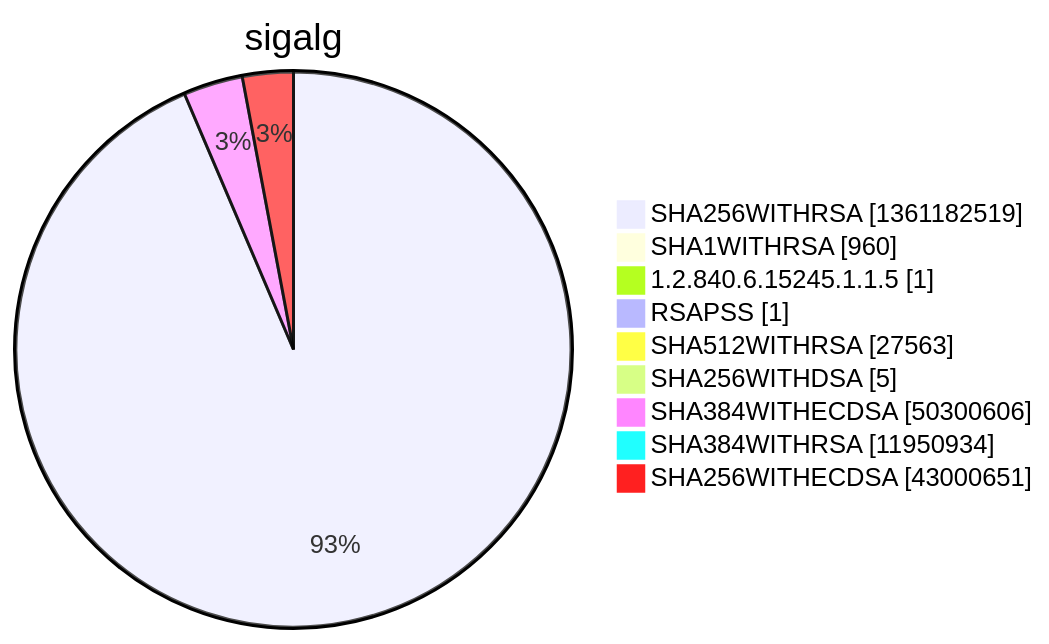
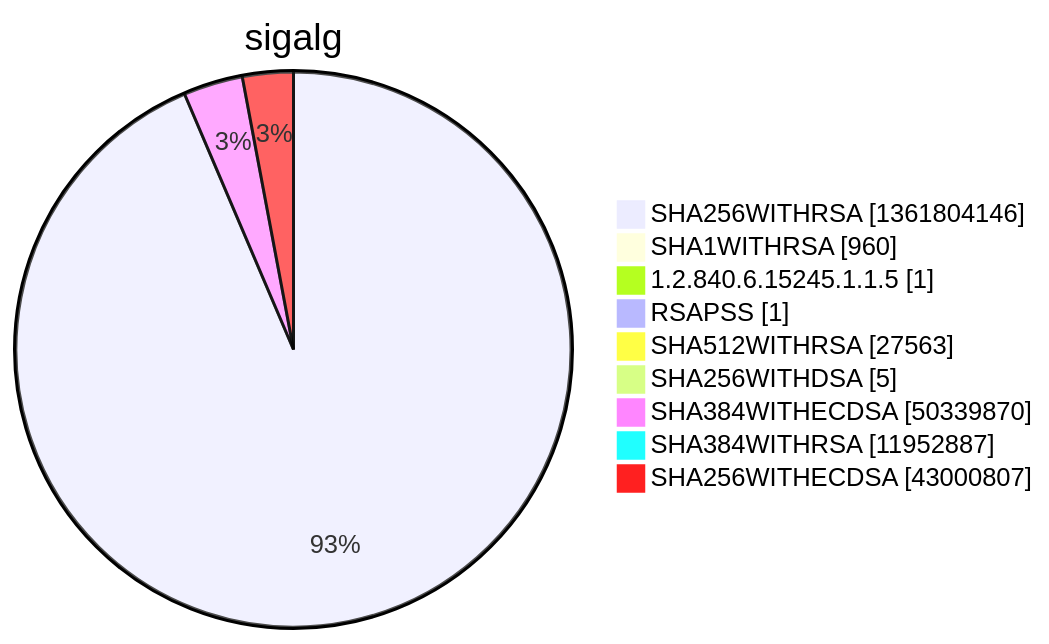
One commit to christiankrug/ctmonitor_visualization changed diagram 15 of 15 in argon2022/README.md. Above: the diagram before and after it, drawn with Mermaid. The commit also changed other lines of this file, not shown here.

````diff
--- a/argon2022/README.md
+++ b/argon2022/README.md
@@ -5524,13 +5524,13 @@
 ```mermaid
 pie showData
 title sigalg
-"SHA256WITHRSA" :1361182519
+"SHA256WITHRSA" :1361804146
 "SHA1WITHRSA" :960
 "1.2.840.6.15245.1.1.5" :1
 "RSAPSS" :1
 "SHA512WITHRSA" :27563
 "SHA256WITHDSA" :5
-"SHA384WITHECDSA" :50300606
-"SHA384WITHRSA" :11950934
-"SHA256WITHECDSA" :43000651
+"SHA384WITHECDSA" :50339870
+"SHA384WITHRSA" :11952887
+"SHA256WITHECDSA" :43000807
 ```
````
